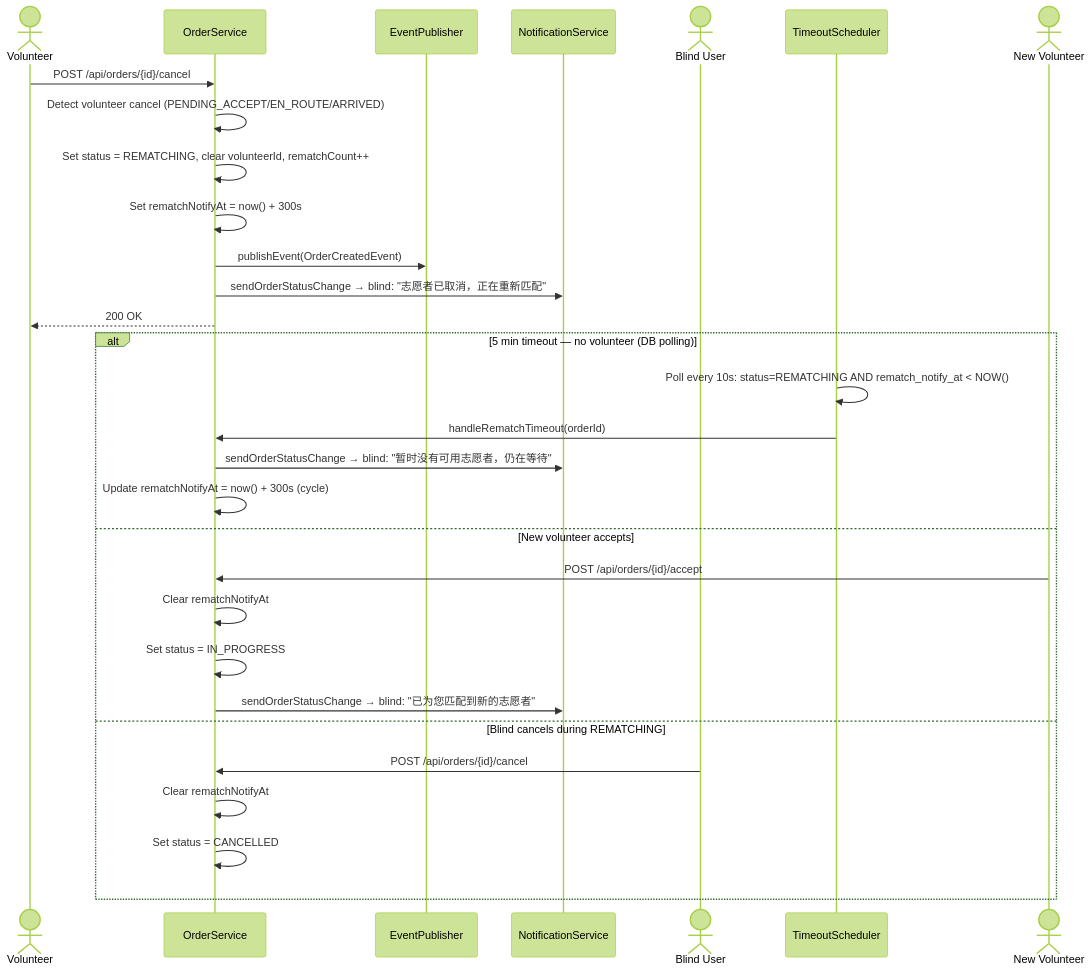
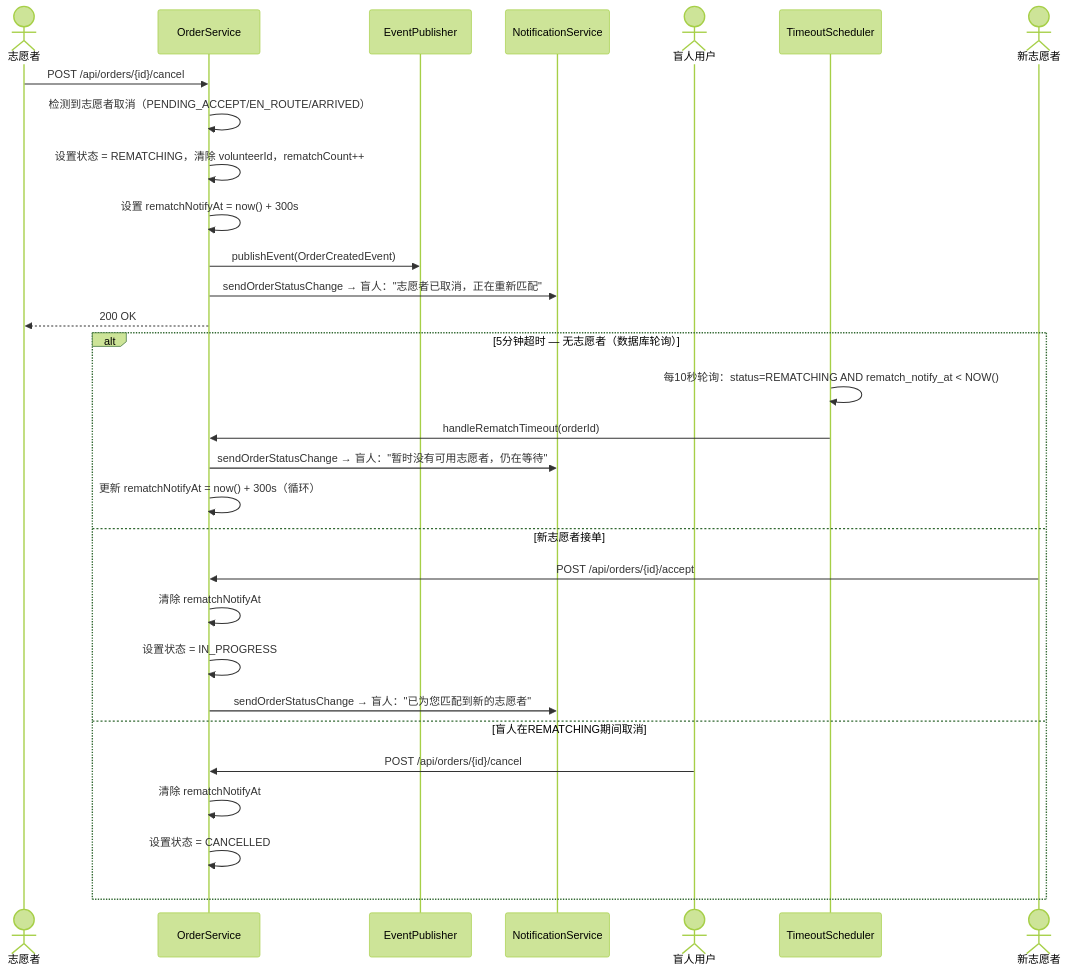
One commit to Jayden23018/blind-run-backend changed the sixth of 10 diagrams in docs/DIAGRAMS.md. Above: the diagram before and after it, drawn with Mermaid (forest theme). The commit also changed other lines of this file and 122 other files, not shown here.

````diff
--- a/docs/DIAGRAMS.md
+++ b/docs/DIAGRAMS.md
@@ -326,34 +326,34 @@
 ```mermaid
 sequenceDiagram
-    actor Vol as Volunteer
+    actor Vol as 志愿者
     participant OS as OrderService
     participant EP as EventPublisher
     participant NS as NotificationService
-    actor Blind as Blind User
+    actor Blind as 盲人用户
     participant TS as TimeoutScheduler
-    actor NewVol as New Volunteer
+    actor NewVol as 新志愿者
 
     Vol->>OS: POST /api/orders/{id}/cancel
-    OS->>OS: Detect volunteer cancel (PENDING_ACCEPT/EN_ROUTE/ARRIVED)
-    OS->>OS: Set status = REMATCHING, clear volunteerId, rematchCount++
-    OS->>OS: Set rematchNotifyAt = now() + 300s
+    OS->>OS: 检测到志愿者取消（PENDING_ACCEPT/EN_ROUTE/ARRIVED）
+    OS->>OS: 设置状态 = REMATCHING，清除 volunteerId，rematchCount++
+    OS->>OS: 设置 rematchNotifyAt = now() + 300s
     OS->>EP: publishEvent(OrderCreatedEvent)
-    OS->>NS: sendOrderStatusChange → blind: "志愿者已取消，正在重新匹配"
+    OS->>NS: sendOrderStatusChange → 盲人："志愿者已取消，正在重新匹配"
     OS-->>Vol: 200 OK
 
-    alt 5 min timeout — no volunteer (DB polling)
-        TS->>TS: Poll every 10s: status=REMATCHING AND rematch_notify_at < NOW()
+    alt 5分钟超时 — 无志愿者（数据库轮询）
+        TS->>TS: 每10秒轮询：status=REMATCHING AND rematch_notify_at < NOW()
         TS->>OS: handleRematchTimeout(orderId)
-        OS->>NS: sendOrderStatusChange → blind: "暂时没有可用志愿者，仍在等待"
-        OS->>OS: Update rematchNotifyAt = now() + 300s (cycle)
-    else New volunteer accepts
+        OS->>NS: sendOrderStatusChange → 盲人："暂时没有可用志愿者，仍在等待"
+        OS->>OS: 更新 rematchNotifyAt = now() + 300s（循环）
+    else 新志愿者接单
         NewVol->>OS: POST /api/orders/{id}/accept
-        OS->>OS: Clear rematchNotifyAt
-        OS->>OS: Set status = IN_PROGRESS
-        OS->>NS: sendOrderStatusChange → blind: "已为您匹配到新的志愿者"
-    else Blind cancels during REMATCHING
+        OS->>OS: 清除 rematchNotifyAt
+        OS->>OS: 设置状态 = IN_PROGRESS
+        OS->>NS: sendOrderStatusChange → 盲人："已为您匹配到新的志愿者"
+    else 盲人在REMATCHING期间取消
         Blind->>OS: POST /api/orders/{id}/cancel
-        OS->>OS: Clear rematchNotifyAt
-        OS->>OS: Set status = CANCELLED
+        OS->>OS: 清除 rematchNotifyAt
+        OS->>OS: 设置状态 = CANCELLED
     end
 ```
````
